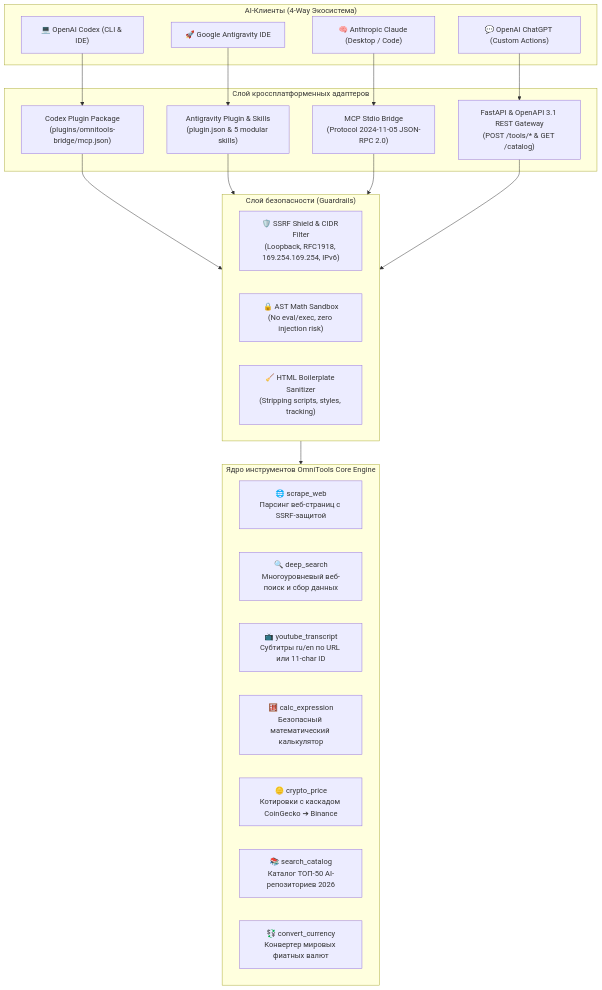
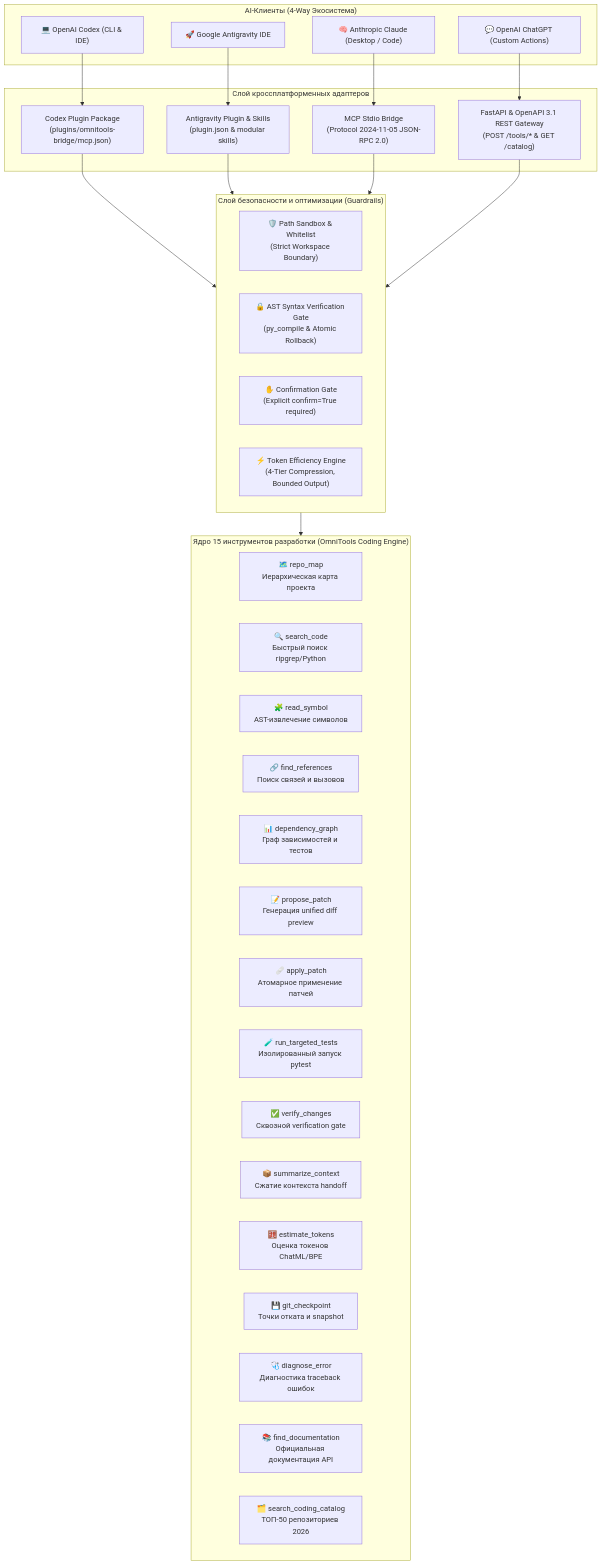
The diagram in README.md (Bexruz-cell/universal-ai-tools-hub), drawn with Mermaid before and after one commit. The commit also changed other lines of this file and 60 other files, not shown here.

Commit message:
feat: complete Universal AI Coding Hub 2.0 transformation (15 coding tools, 50 curated repos, token optimizer, security guards)

````diff
--- a/README.md
+++ b/README.md
@@ -35,40 +37,49 @@
 ```mermaid
 flowchart TD
     subgraph Clients ["AI-Клиенты (4-Way Экосистема)"]
         C1["💻 OpenAI Codex (CLI & IDE)"]
         C2["🚀 Google Antigravity IDE"]
         C3["🧠 Anthropic Claude (Desktop / Code)"]
         C4["💬 OpenAI ChatGPT (Custom Actions)"]
     end
 
     subgraph Adapters ["Слой кроссплатформенных адаптеров"]
         A1["Codex Plugin Package\n(plugins/omnitools-bridge/mcp.json)"]
-        A2["Antigravity Plugin & Skills\n(plugin.json & 5 modular skills)"]
+        A2["Antigravity Plugin & Skills\n(plugin.json & modular skills)"]
         A3["MCP Stdio Bridge\n(Protocol 2024-11-05 JSON-RPC 2.0)"]
         A4["FastAPI & OpenAPI 3.1 REST Gateway\n(POST /tools/* & GET /catalog)"]
     end
 
-    subgraph Security ["Слой безопасности (Guardrails)"]
-        SSRF["🛡️ SSRF Shield & CIDR Filter\n(Loopback, RFC1918, 169.254.169.254, IPv6)"]
-        AST["🔒 AST Math Sandbox\n(No eval/exec, zero injection risk)"]
-        Dedupe["🧹 HTML Boilerplate Sanitizer\n(Stripping scripts, styles, tracking)"]
+    subgraph Security ["Слой безопасности и оптимизации (Guardrails)"]
+        SANDBOX["🛡️ Path Sandbox & Whitelist\n(Strict Workspace Boundary)"]
+        AST["🔒 AST Syntax Verification Gate\n(py_compile & Atomic Rollback)"]
+        CONFIRM["✋ Confirmation Gate\n(Explicit confirm=True required)"]
+        TOKEN["⚡ Token Efficiency Engine\n(4-Tier Compression, Bounded Output)"]
     end
 
-    subgraph Core ["Ядро инструментов OmniTools Core Engine"]
-        T1["🌐 scrape_web\nПарсинг веб-страниц с SSRF-защитой"]
-        T2["🔍 deep_search\nМногоуровневый веб-поиск и сбор данных"]
-        T3["📺 youtube_transcript\nСубтитры ru/en по URL или 11-char ID"]
-        T4["🧮 calc_expression\nБезопасный математический калькулятор"]
-        T5["🪙 crypto_price\nКотировки с каскадом CoinGecko ➔ Binance"]
-        T6["📚 search_catalog\nКаталог ТОП-50 AI-репозиториев 2026"]
-        T7["💱 convert_currency\nКонвертер мировых фиатных валют"]
+    subgraph CodingCore ["Ядро 15 инструментов разработки (OmniTools Coding Engine)"]
+        T1["🗺️ repo_map\nИерархическая карта проекта"]
+        T2["🔍 search_code\nБыстрый поиск ripgrep/Python"]
+        T3["🧩 read_symbol\nAST-извлечение символов"]
+        T4["🔗 find_references\nПоиск связей и вызовов"]
+        T5["📊 dependency_graph\nГраф зависимостей и тестов"]
+        T6["📝 propose_patch\nГенерация unified diff preview"]
+        T7["🩹 apply_patch\nАтомарное применение патчей"]
+        T8["🧪 run_targeted_tests\nИзолированный запуск pytest"]
+        T9["✅ verify_changes\nСквозной verification gate"]
+        T10["📦 summarize_context\nСжатие контекста handoff"]
+        T11["🧮 estimate_tokens\nОценка токенов ChatML/BPE"]
+        T12["💾 git_checkpoint\nТочки отката и snapshot"]
+        T13["🩺 diagnose_error\nДиагностика traceback ошибок"]
+        T14["📚 find_documentation\nОфициальная документация API"]
+        T15["🗂️ search_coding_catalog\nТОП-50 репозиториев 2026"]
     end
 
     C1 --> A1
     C2 --> A2
     C3 --> A3
     C4 --> A4
 
     A1 & A2 & A3 & A4 --> Security
-    Security --> Core
+    Security --> CodingCore
 ```
````
